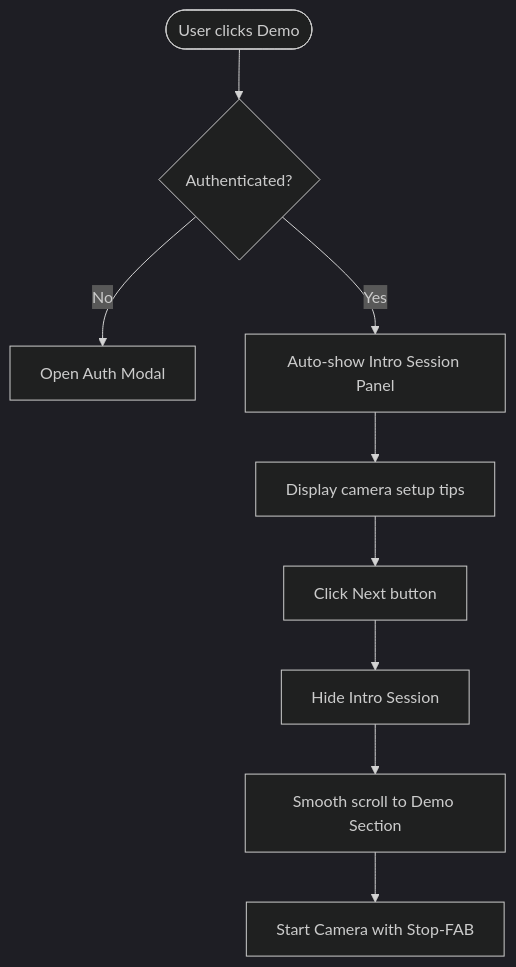
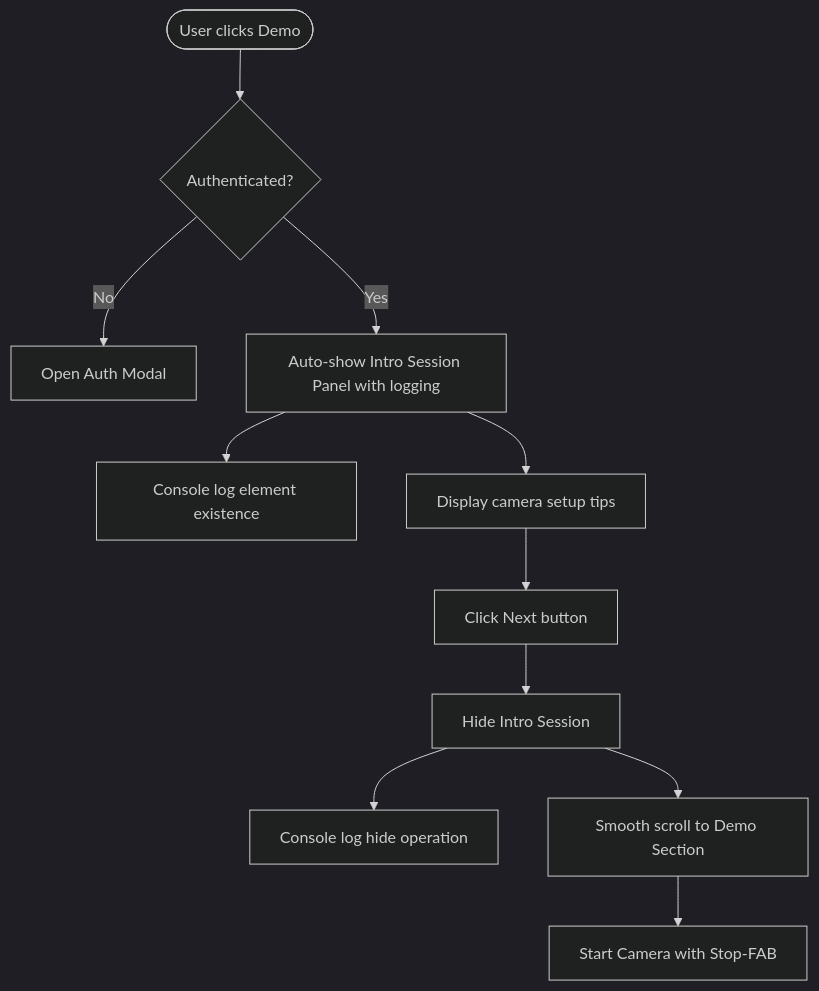
Before and after one commit to ikramhh/signvue-project: the fourth of 10 diagrams in .qoder/repowiki/en/content/Frontend Application.md, drawn with Mermaid (dark theme). The commit also changed other lines of this file and 5 other files, not shown here.

````diff
--- a/.qoder/repowiki/en/content/Frontend Application.md
+++ b/.qoder/repowiki/en/content/Frontend Application.md
@@ -176,11 +214,13 @@
 ```mermaid
 flowchart TD
 Start(["User clicks Demo"]) --> CheckAuth{"Authenticated?"}
 CheckAuth --> |No| OpenAuth["Open Auth Modal"]
-CheckAuth --> |Yes| ShowIntro["Auto-show Intro Session Panel"]
+CheckAuth --> |Yes| ShowIntro["Auto-show Intro Session Panel with logging"]
+ShowIntro --> LogElement["Console log element existence"]
 ShowIntro --> UserTips["Display camera setup tips"]
 UserTips --> NextButton["Click Next button"]
 NextButton --> HideIntro["Hide Intro Session"]
+HideIntro --> LogHide["Console log hide operation"]
 HideIntro --> ScrollDemo["Smooth scroll to Demo Section"]
 ScrollDemo --> StartCamera["Start Camera with Stop-FAB"]
 ```
````
